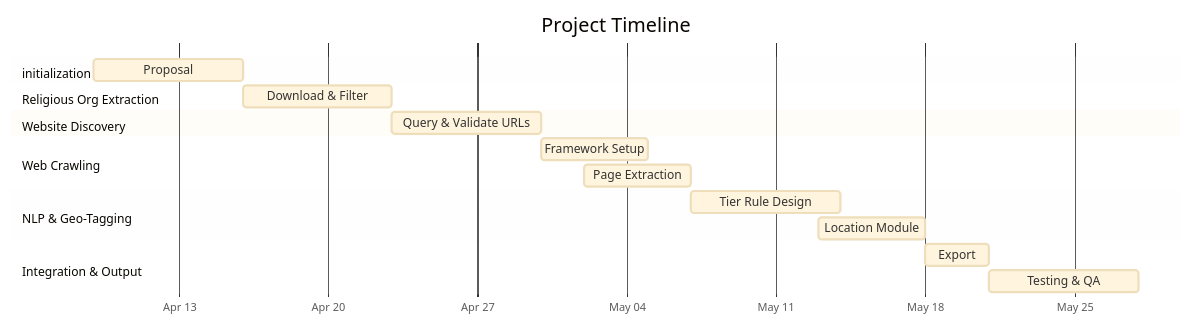
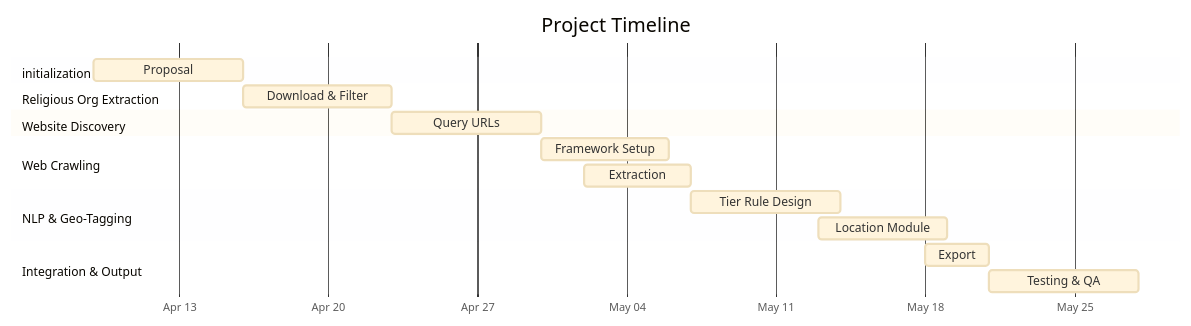
The second of 2 diagrams in README.md (ChelseaLiu0822/Finding-Partnerships-Using-Web-Crawling), drawn with Mermaid before and after one commit. The commit also changed other lines of this file, not shown here.

````diff
--- a/README.md
+++ b/README.md
@@ -63,23 +111,23 @@
 ```mermaid fullWidth="true"
 %%{init: {'theme': 'base', 'themeVariables': {'ganttWidth': '900px'}}}%%
 gantt
     title Project Timeline
     dateFormat  YYYY-MM-DD
     axisFormat  %b %d
     section initialization
     Proposal               :a1, 2025-04-09, 7d
     section Religious Org Extraction
     Download & Filter      :a1, 2025-04-16, 7d
     section Website Discovery
-    Query & Validate URLs      :a2, 2025-04-23, 7d
+    Query URLs      :a2, 2025-04-23, 7d
     section Web Crawling
-    Framework Setup            :a3, 2025-04-30, 5d
-    Page Extraction :a4, 2025-05-02, 5d
+    Framework Setup            :a3, 2025-04-30, 6d
+    Extraction :a4, 2025-05-02, 5d
     section NLP & Geo-Tagging
     Tier Rule Design           :a5, 2025-05-07, 7d
-    Location Module      :a6, 2025-05-13, 5d
+    Location Module      :a6, 2025-05-13, 6d
     section Integration & Output
     Export    :a7, 2025-05-18, 3d
     Testing & QA               :a8, 2025-05-21, 7d
 
 ```
````
